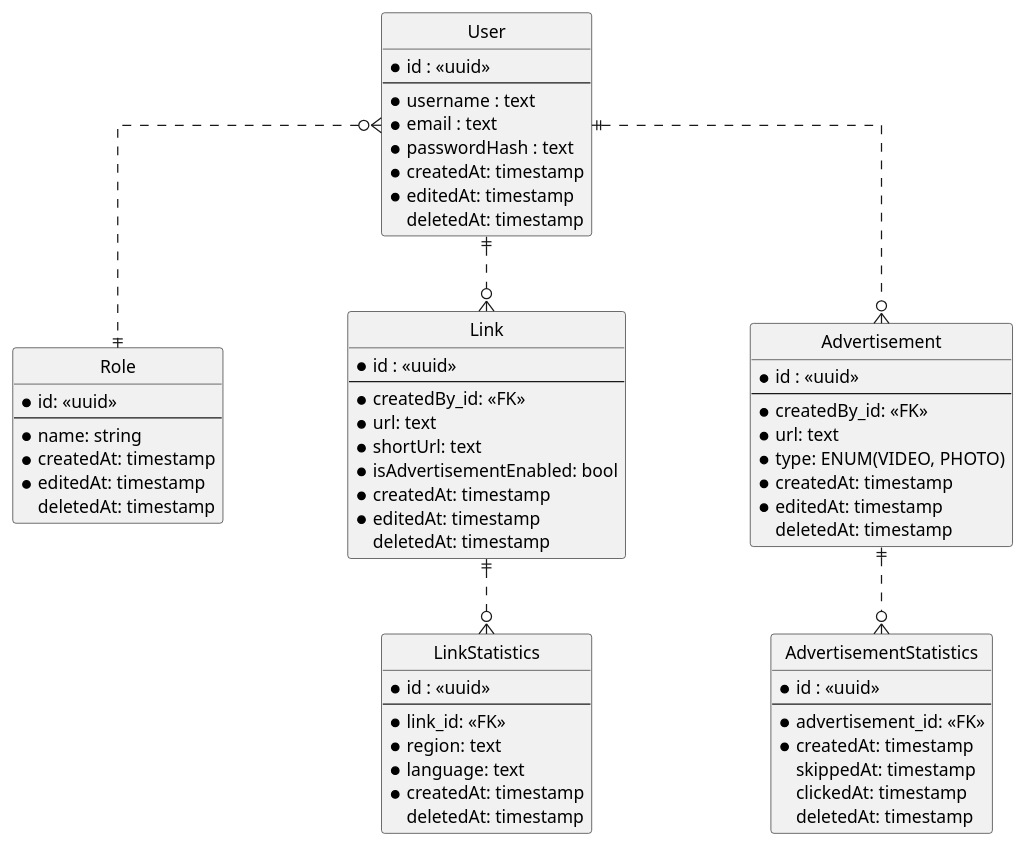
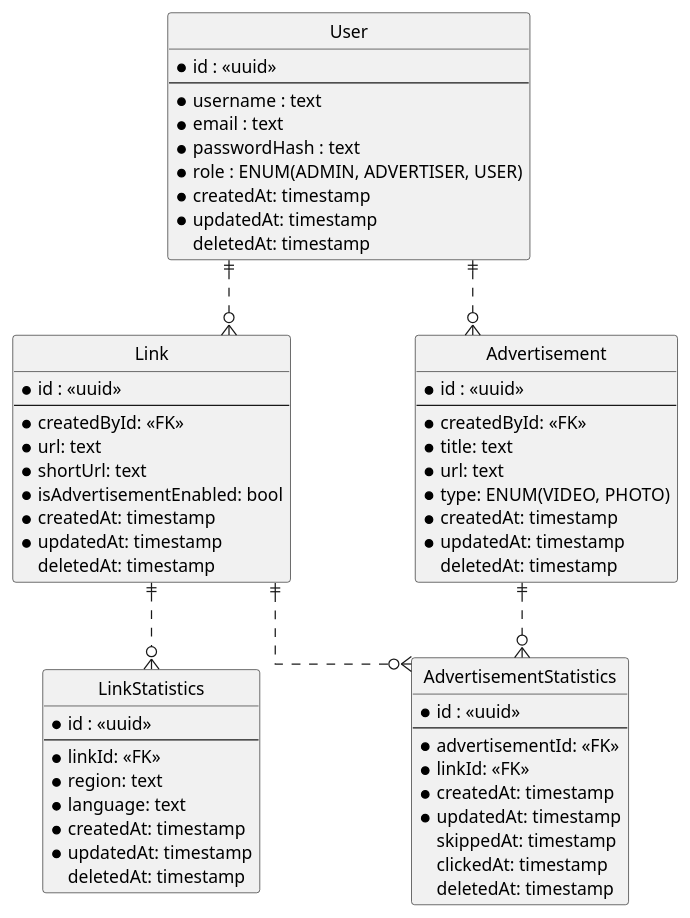
Before and after one commit to MichaelaLodnanova/Analytical-link-shortener: the diagram in diagrams/erd.puml, drawn with PlantUML. The commit also changed 10 other files, not shown here.

```diff
--- a/diagrams/erd.puml
+++ b/diagrams/erd.puml
@@ -1,78 +1,73 @@
 @startuml shortener
 
 hide circle
 skinparam Linetype ortho
 skinparam Ranksep 60
 skinparam Nodesep 100
 
-
-entity "Role" as role {
-    * id: <<uuid>>
-    ---
-    * name: string
-    * createdAt: timestamp
-    * editedAt: timestamp
-    deletedAt: timestamp
-}
-
 entity "User" as user {
   *id : <<uuid>>
   --
   * username : text
   * email : text
   * passwordHash : text
+  * role : ENUM(ADMIN, ADVERTISER, USER)
   * createdAt: timestamp
-  * editedAt: timestamp
+  * updatedAt: timestamp
   deletedAt: timestamp
 }
 
 entity "Link" as link {
   *id : <<uuid>>
   --
-  * createdBy_id: <<FK>>
+  * createdById: <<FK>>
   * url: text
   * shortUrl: text
   * isAdvertisementEnabled: bool
   * createdAt: timestamp
-  * editedAt: timestamp
+  * updatedAt: timestamp
   deletedAt: timestamp
 }
 
 entity "LinkStatistics" as linkStats {
   *id : <<uuid>>
   --
-  * link_id: <<FK>>
+  * linkId: <<FK>>
   * region: text
   * language: text
   * createdAt: timestamp
+  * updatedAt: timestamp
   deletedAt: timestamp
 }
 
 entity "Advertisement" as ad {
   *id : <<uuid>>
   --
-  * createdBy_id: <<FK>>
+  * createdById: <<FK>>
+  * title: text
   * url: text
   * type: ENUM(VIDEO, PHOTO)
   * createdAt: timestamp
-  * editedAt: timestamp
+  * updatedAt: timestamp
   deletedAt: timestamp
 }
 
 entity "AdvertisementStatistics" as adStats {
   *id : <<uuid>>
   --
-  * advertisement_id: <<FK>>
+  * advertisementId: <<FK>>
+  * linkId: <<FK>>
   * createdAt: timestamp
+  * updatedAt: timestamp
   skippedAt: timestamp
   clickedAt: timestamp
   deletedAt: timestamp
 }
 
-user }o..|| role
 user ||..o{ link
 user ||..o{ ad
 
 ad ||..o{ adStats
 link ||..o{ linkStats
+link ||..o{ adStats
 @enduml
```
